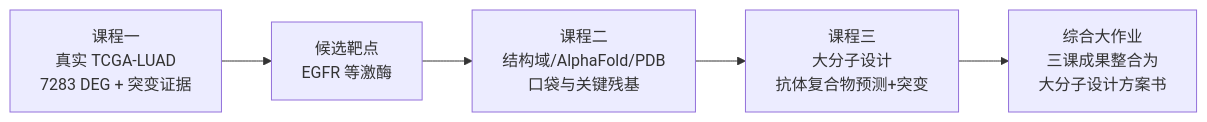
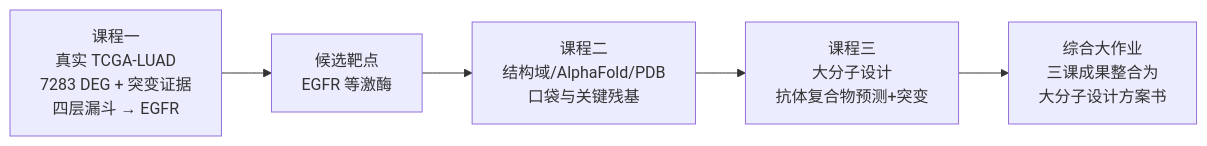
The diagram in README.md (iiaimcc/bio-class), drawn with Mermaid before and after one commit. The commit also changed other lines of this file and 19 other files, not shown here.

````diff
--- a/README.md
+++ b/README.md
@@ -17,7 +17,7 @@
 ```mermaid
 flowchart LR
-    A[课程一<br/>真实 TCGA-LUAD<br/>7283 DEG + 突变证据] --> B[候选靶点<br/>EGFR 等激酶]
+    A[课程一<br/>真实 TCGA-LUAD<br/>7283 DEG + 突变证据<br/>四层漏斗 → EGFR] --> B[候选靶点<br/>EGFR 等激酶]
     B --> C[课程二<br/>结构域/AlphaFold/PDB<br/>口袋与关键残基]
     C --> D[课程三<br/>大分子设计<br/>抗体复合物预测+突变]
     D --> E[综合大作业<br/>三课成果整合为<br/>大分子设计方案书]
 ```
````
